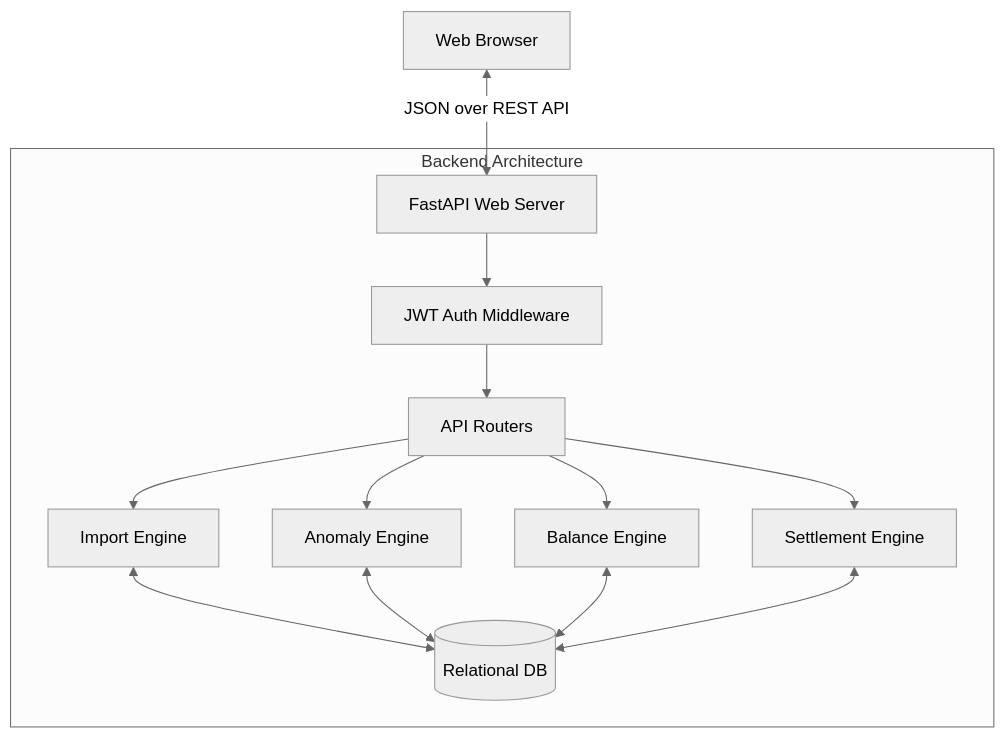
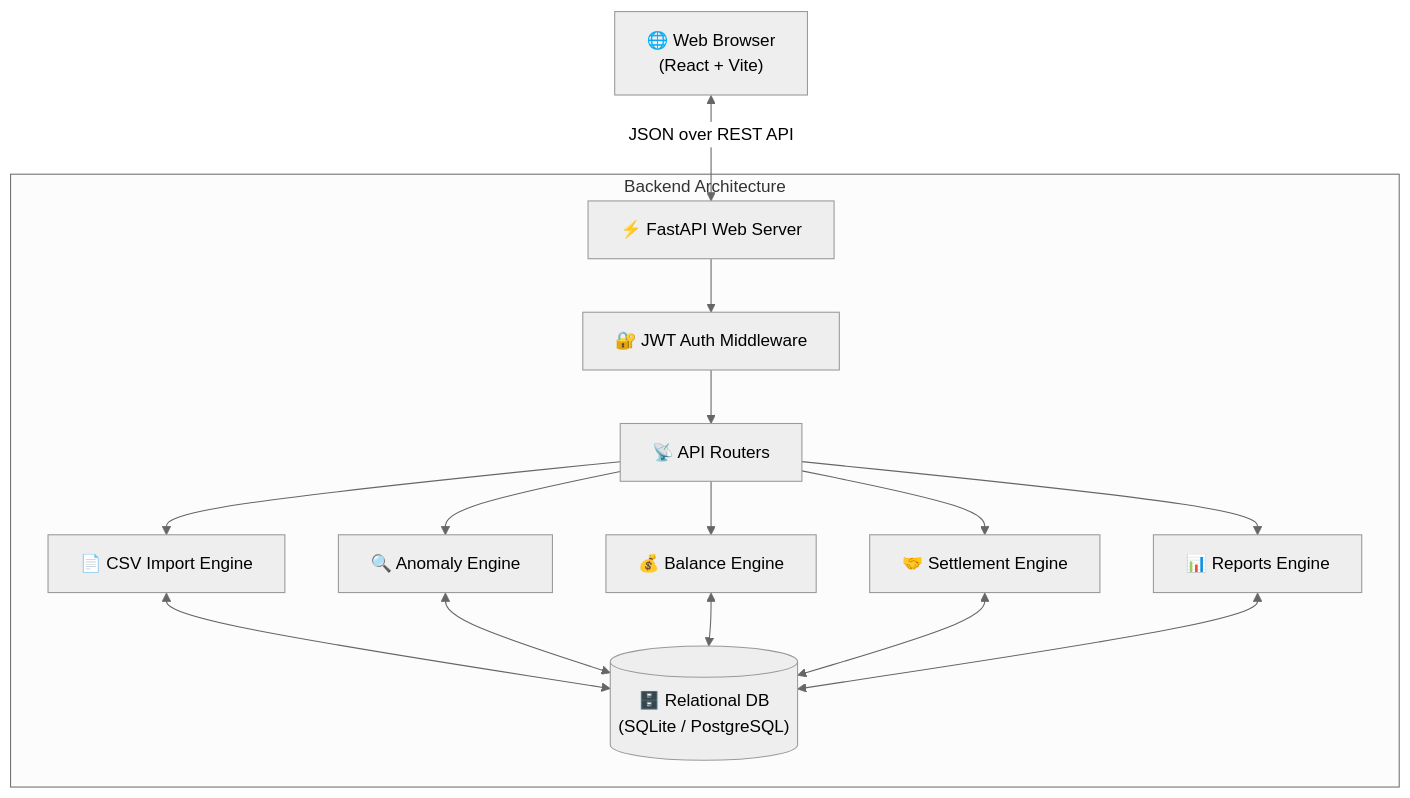
One commit to sushantkumar143/BalanceIQ---Expence-Tracker changed the first of 3 diagrams in README.md. Above: the diagram before and after it, drawn with Mermaid (neutral theme). The commit also changed other lines of this file and 1 other file, not shown here.

Commit message:
docs(readme): comprehensive rewrite with full database schema, system design, and ER diagrams

````diff
--- a/README.md
+++ b/README.md
@@ -38,19 +88,21 @@
 ```mermaid
 graph TD
-    Client[Web Browser] <-->|JSON over REST API| API[FastAPI Web Server]
+    Client["🌐 Web Browser<br/>(React + Vite)"] <-->|JSON over REST API| API["⚡ FastAPI Web Server"]
     
     subgraph Backend Architecture
-        API --> Auth[JWT Auth Middleware]
-        Auth --> Routers[API Routers]
+        API --> Auth["🔐 JWT Auth Middleware"]
+        Auth --> Routers["📡 API Routers"]
         
-        Routers --> IE[Import Engine]
-        Routers --> AE[Anomaly Engine]
-        Routers --> BE[Balance Engine]
-        Routers --> SE[Settlement Engine]
+        Routers --> IE["📄 CSV Import Engine"]
+        Routers --> AE["🔍 Anomaly Engine"]
+        Routers --> BE["💰 Balance Engine"]
+        Routers --> SE["🤝 Settlement Engine"]
+        Routers --> RE["📊 Reports Engine"]
         
-        IE <--> DB[(Relational DB)]
+        IE <--> DB[("🗄️ Relational DB<br/>(SQLite / PostgreSQL)")]
         AE <--> DB
         BE <--> DB
         SE <--> DB
+        RE <--> DB
     end
 ```
````
